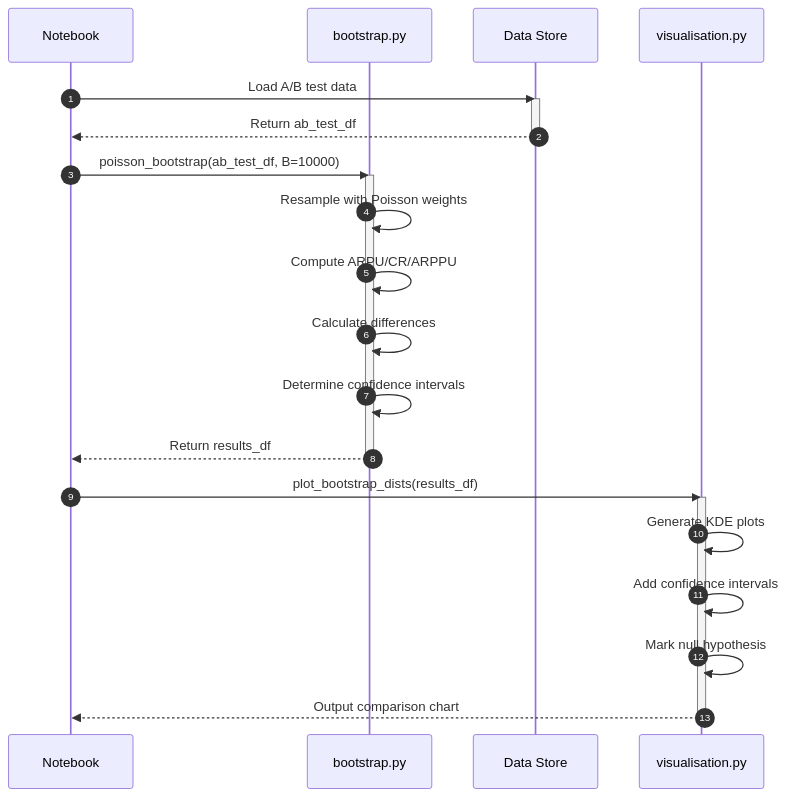
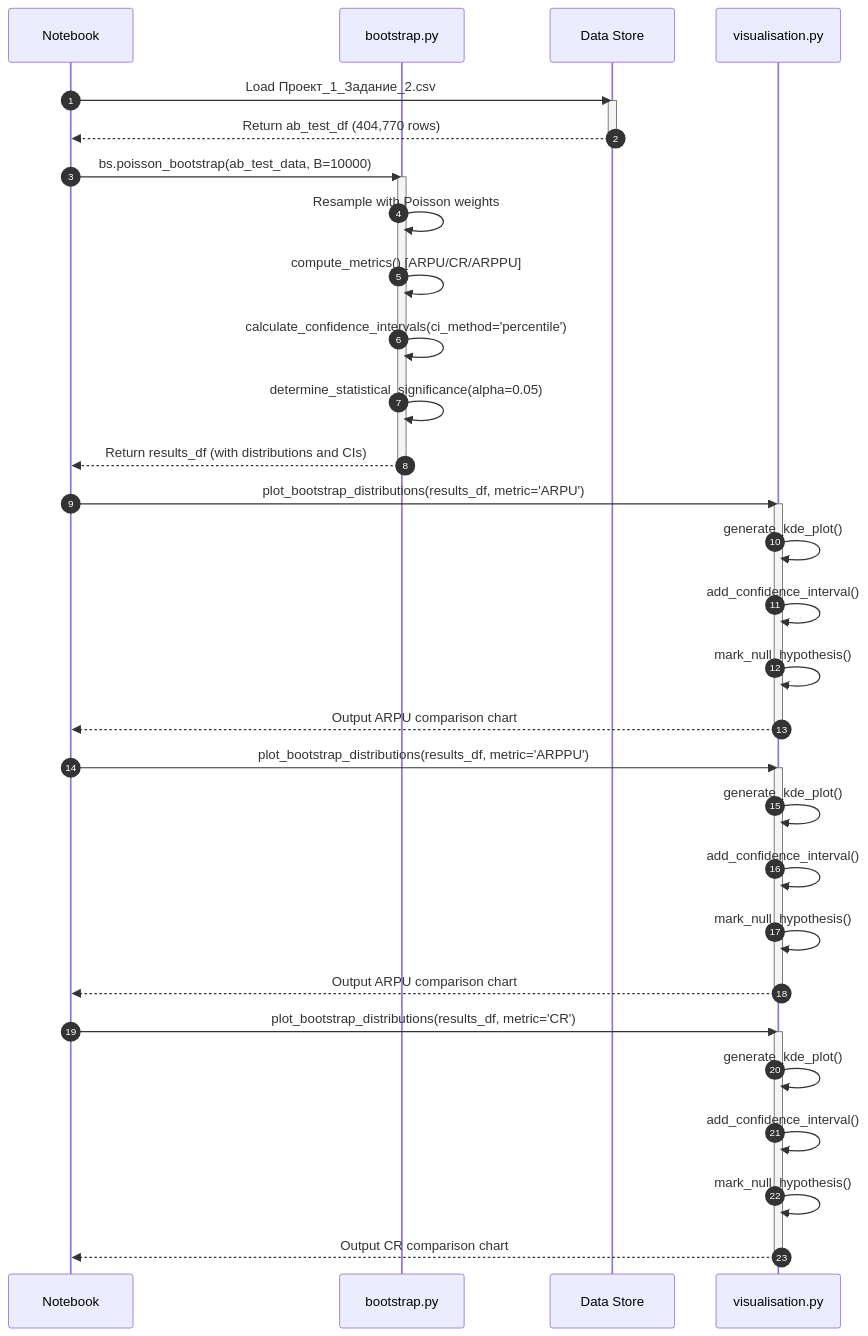
The second of 6 diagrams in README.md (AleksandrVinnik/Cohort_Retention_and_Poisson_Bootstrap), drawn with Mermaid before and after one commit. The commit also changed other lines of this file, not shown here.

Commit message:
Readme file has been updated

````diff
--- a/README.md
+++ b/README.md
@@ -102,30 +103,46 @@
 ```mermaid
 sequenceDiagram
     autonumber
     participant J as Notebook
     participant B as bootstrap.py
     participant D as Data Store
     participant V as visualisation.py
 
-    J->>D: Load A/B test data
+    J->>D: Load Проект_1_Задание_2.csv
     activate D
-    D-->>J: Return ab_test_df
+    D-->>J: Return ab_test_df (404,770 rows)
     deactivate D
 
-    J->>B: poisson_bootstrap(ab_test_df, B=10000)
+    J->>B: bs.poisson_bootstrap(ab_test_data, B=10000)
     activate B
     B->>B: Resample with Poisson weights
-    B->>B: Compute ARPU/CR/ARPPU
-    B->>B: Calculate differences
-    B->>B: Determine confidence intervals
-    B-->>J: Return results_df
+    B->>B: compute_metrics() [ARPU/CR/ARPPU]
+    B->>B: calculate_confidence_intervals(ci_method='percentile')
+    B->>B: determine_statistical_significance(alpha=0.05)
+    B-->>J: Return results_df (with distributions and CIs)
     deactivate B
 
-    J->>V: plot_bootstrap_dists(results_df)
+    J->>V: plot_bootstrap_distributions(results_df, metric='ARPU')
     activate V
-    V->>V: Generate KDE plots
-    V->>V: Add confidence intervals
-    V->>V: Mark null hypothesis
-    V-->>J: Output comparison chart
+    V->>V: generate_kde_plot()
+    V->>V: add_confidence_interval()
+    V->>V: mark_null_hypothesis()
+    V-->>J: Output ARPU comparison chart
+    deactivate V
+
+    J->>V: plot_bootstrap_distributions(results_df, metric='ARPPU')
+    activate V
+    V->>V: generate_kde_plot()
+    V->>V: add_confidence_interval()
+    V->>V: mark_null_hypothesis()
+    V-->>J: Output ARPU comparison chart
+    deactivate V
+
+    J->>V: plot_bootstrap_distributions(results_df, metric='CR')
+    activate V
+    V->>V: generate_kde_plot()
+    V->>V: add_confidence_interval()
+    V->>V: mark_null_hypothesis()
+    V-->>J: Output CR comparison chart
     deactivate V
 ```
````
